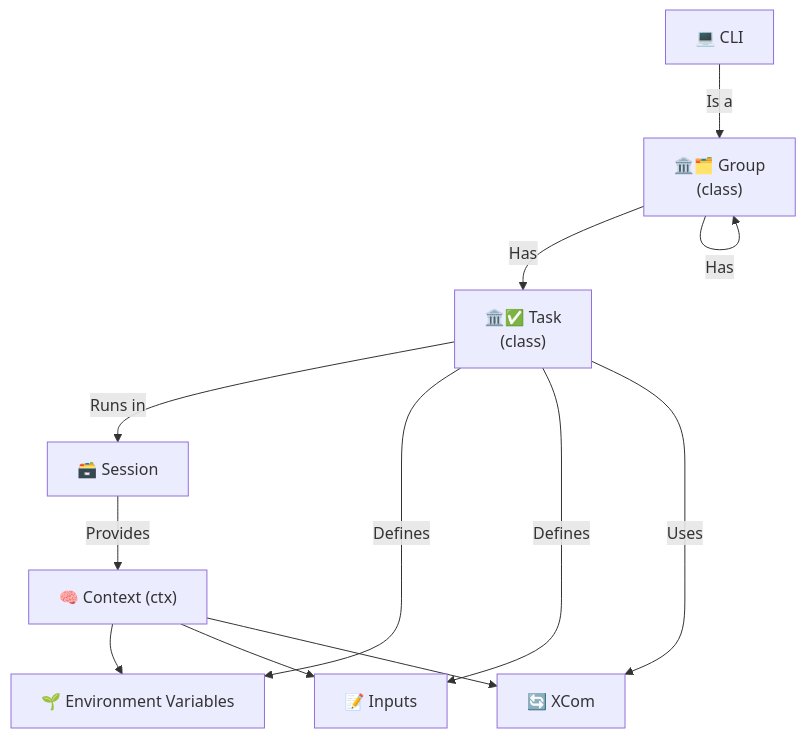
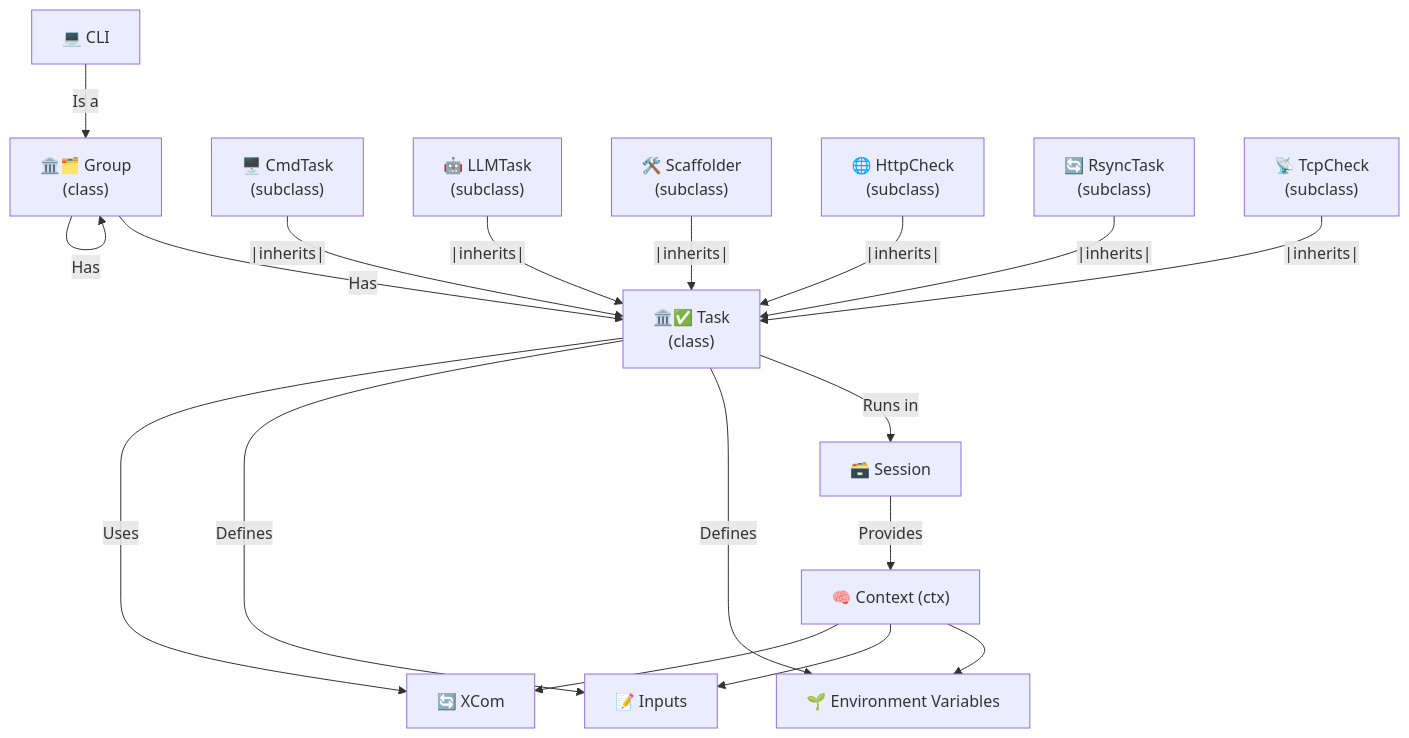
Before and after one commit to state-alchemists/zrb: the diagram in docs/README.md, drawn with Mermaid. The commit also changed other lines of this file, not shown here.

Commit message:
Add subclasses

````diff
--- a/docs/README.md
+++ b/docs/README.md
@@ -91,23 +91,37 @@
 ```mermaid
 flowchart TD
     CLI["💻 CLI"]
     Group["🏛️🗂️ Group<br/>(class)"]
     Task["🏛️✅ Task<br/>(class)"]
+    CmdTask["🖥️ CmdTask<br/>(subclass)"]
+    LLMTask["🤖 LLMTask<br/>(subclass)"]
+    Scaffolder["🛠️ Scaffolder<br/>(subclass)"]
+    HttpCheck["🌐 HttpCheck<br/>(subclass)"]
+    RsyncTask["🔄 RsyncTask<br/>(subclass)"]
+    TcpCheck["📡 TcpCheck<br/>(subclass)"]
     Session["🗃️ Session"]
     Context["🧠 Context (ctx)"]
     XCom["🔄 XCom"]
     Env["🌱 Environment Variables"]
     Input["📝 Inputs"]
 
     CLI --> |Is a| Group
     Group --> |Has| Task
     Group --> |Has| Group
     Task -->|Runs in| Session
     Session -->|Provides| Context
     Context --> Env
     Context --> Input
     Context --> XCom
     Task -->|Defines| Env
     Task -->|Defines| Input
     Task -->|Uses| XCom
+
+    %% Subclass relationships
+    CmdTask --|inherits|--> Task
+    LLMTask --|inherits|--> Task
+    Scaffolder --|inherits|--> Task
+    HttpCheck --|inherits|--> Task
+    RsyncTask --|inherits|--> Task
+    TcpCheck --|inherits|--> Task
 ```
````
